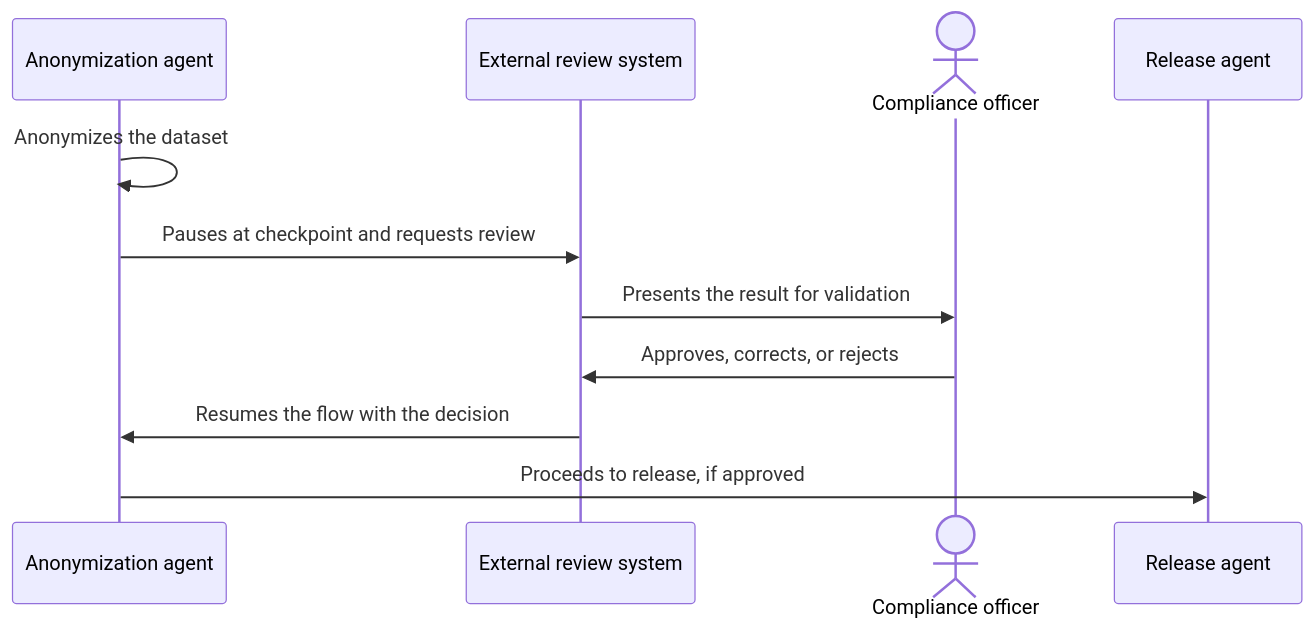
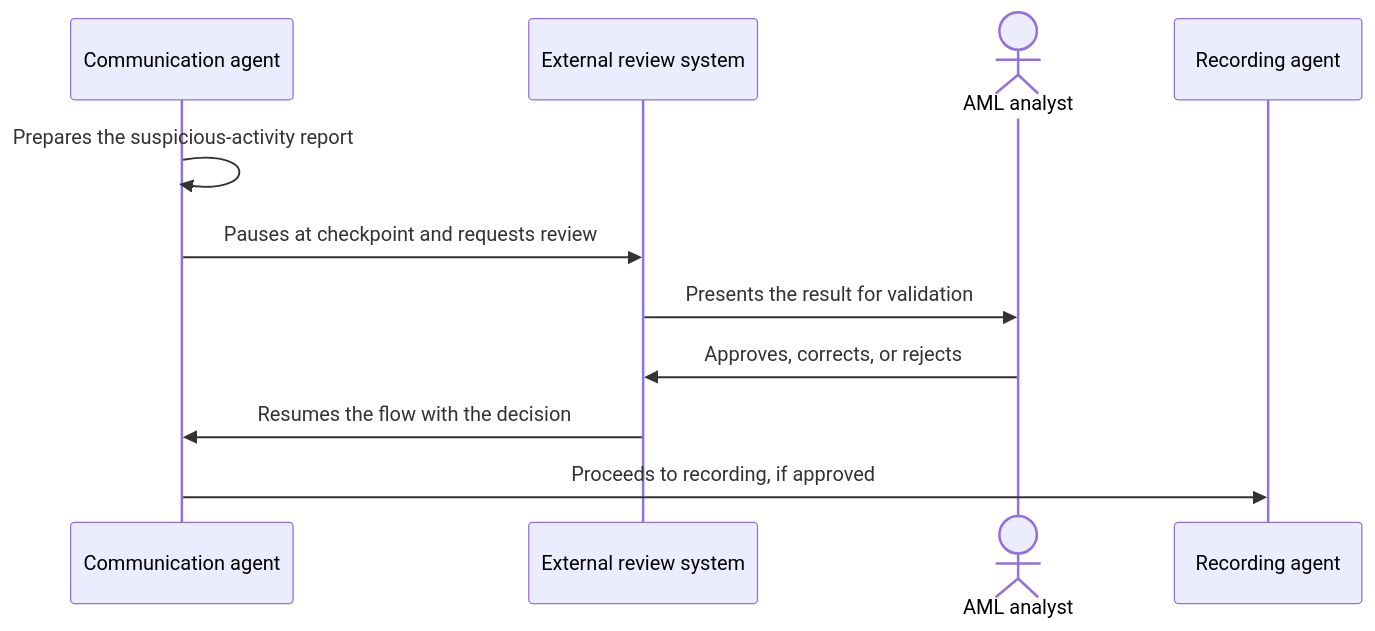
The diagram in i18n/en/docusaurus-plugin-content-docs/current/ai/agent-patterns/special-requirements/human-in-the-loop.md (alancesar/design-patterns), drawn with Mermaid before and after one commit. The commit also changed other lines of this file and 13 other files, not shown here.

Commit message:
Switch agent-patterns concrete diagrams to fintech scenarios

````diff
--- a/i18n/en/docusaurus-plugin-content-docs/current/ai/agent-patterns/special-requirements/human-in-the-loop.md
+++ b/i18n/en/docusaurus-plugin-content-docs/current/ai/agent-patterns/special-requirements/human-in-the-loop.md
@@ -55,13 +55,13 @@
 ```mermaid
 sequenceDiagram
-    participant A1 as Anonymization agent
+    participant A1 as Communication agent
     participant S as External review system
-    actor H as Compliance officer
-    participant A2 as Release agent
-    A1->>A1: Anonymizes the dataset
+    actor H as AML analyst
+    participant A2 as Recording agent
+    A1->>A1: Prepares the suspicious-activity report
     A1->>S: Pauses at checkpoint and requests review
     S->>H: Presents the result for validation
     H->>S: Approves, corrects, or rejects
     S->>A1: Resumes the flow with the decision
-    A1->>A2: Proceeds to release, if approved
+    A1->>A2: Proceeds to recording, if approved
 ```
````
